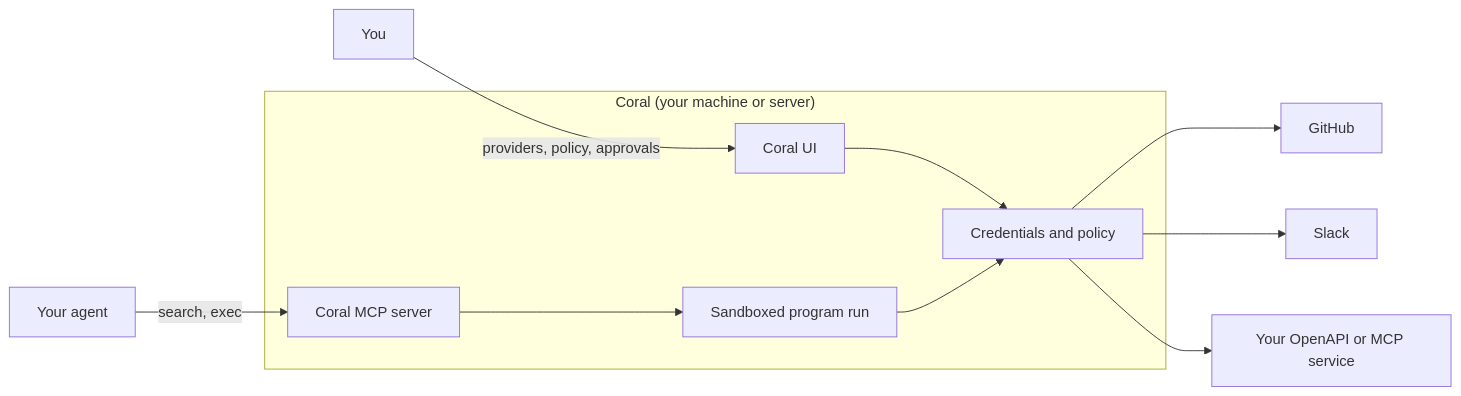
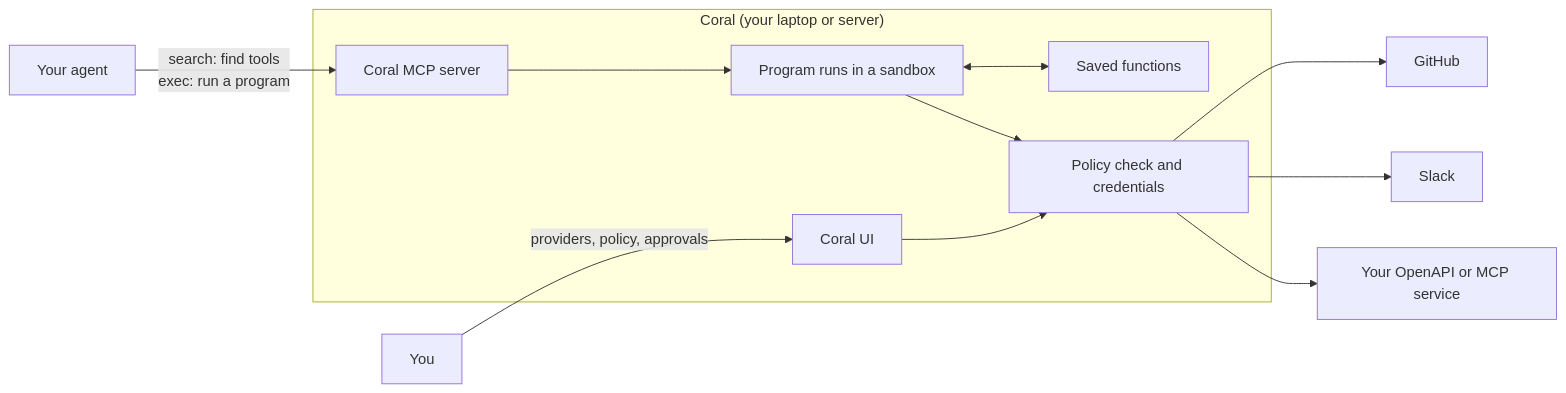
The diagram in README.md (withcoral/coral), drawn with Mermaid before and after one commit. The commit also changed other lines of this file, not shown here.

````diff
--- a/README.md
+++ b/README.md
@@ -78,15 +120,16 @@
 ```mermaid
 graph LR
-    Agent["Your agent"] -->|"search, exec"| MCP["Coral MCP server"]
+    Agent["Your agent"] -->|"search: find tools<br/>exec: run a program"| MCP["Coral MCP server"]
     You["You"] -->|"providers, policy, approvals"| UI["Coral UI"]
 
-    subgraph Coral["Coral (your machine or server)"]
-        MCP --> Run["Sandboxed program run"]
-        UI --> Gate["Credentials and policy"]
+    subgraph Coral["Coral (your laptop or server)"]
+        MCP --> Run["Program runs in a sandbox"]
+        Run <--> FN["Saved functions"]
+        UI --> Gate["Policy check and credentials"]
         Run --> Gate
     end
 
     Gate --> GH["GitHub"]
     Gate --> SL["Slack"]
     Gate --> Own["Your OpenAPI or MCP service"]
 ```
````
